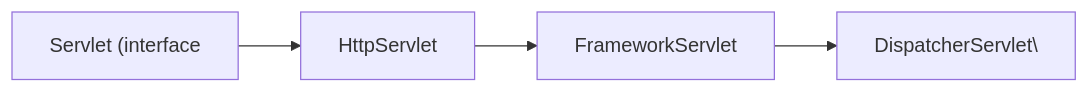
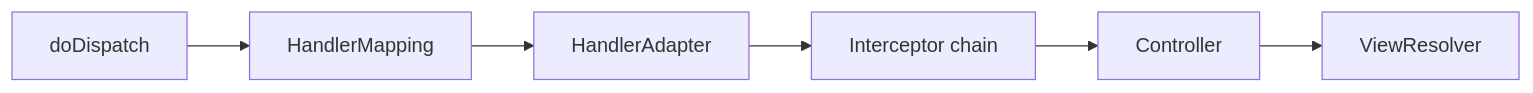
One commit to yjkim2015/yjkim2015.github.io changed the second of 12 diagrams in _posts/spring/2026-05-02-spring-mvc-deep.md. Above: the diagram before and after it, drawn with Mermaid. The commit also changed other lines of this file and 4 other files, not shown here.

````diff
--- a/_posts/spring/2026-05-02-spring-mvc-deep.md
+++ b/_posts/spring/2026-05-02-spring-mvc-deep.md
@@ -86,8 +106,8 @@
 ```mermaid
 graph LR
-    A["Servlet (interface"]
-    B["HttpServlet"]
-    C["FrameworkServlet"]
-    D["DispatcherServlet\"]
-    A --> B --> C --> D
+    A[doDispatch] --> B[HandlerMapping]
+    B --> C[HandlerAdapter]
+    C --> D[Interceptor chain]
+    D --> E[Controller]
+    E --> F[ViewResolver]
 ```
````
